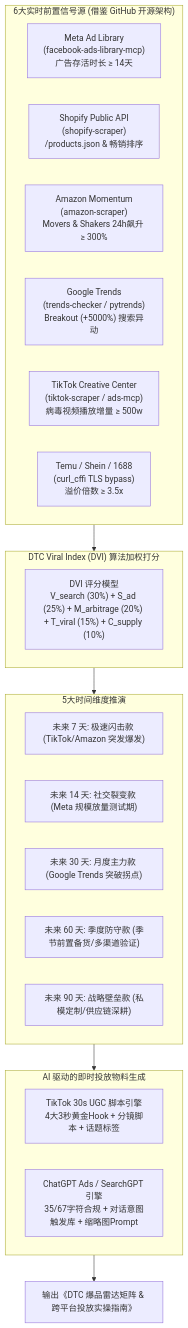
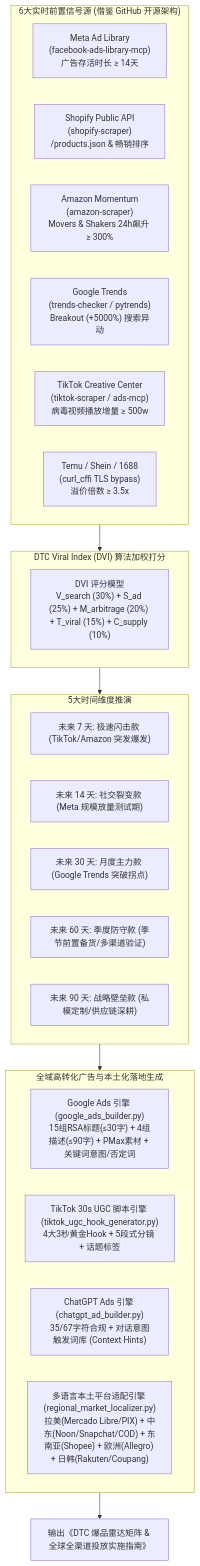
The diagram in SKILL.md (cnproduct/dtc-product-intelligence), drawn with Mermaid before and after one commit. The commit also changed other lines of this file and 3 other files, not shown here.

Commit message:
feat: integrate Google Ads RSA/PMax builder and multi-region local platform adapter

````diff
--- a/SKILL.md
+++ b/SKILL.md
@@ -12,33 +12,35 @@
 ```mermaid
 flowchart TD
     subgraph DataSources["6大实时前置信号源 (借鉴 GitHub 开源架构)"]
         META["Meta Ad Library<br/>(facebook-ads-library-mcp)<br/>广告存活时长 ≥ 14天"]
         SHOP["Shopify Public API<br/>(shopify-scraper)<br/>/products.json & 畅销排序"]
         AMZ["Amazon Momentum<br/>(amazon-scraper)<br/>Movers & Shakers 24h飙升 ≥ 300%"]
         TRENDS["Google Trends<br/>(trends-checker / pytrends)<br/>Breakout (+5000%) 搜索异动"]
         TIKTOK["TikTok Creative Center<br/>(tiktok-scraper / ads-mcp)<br/>病毒视频播放增量 ≥ 500w"]
         ARBITRAGE["Temu / Shein / 1688<br/>(curl_cffi TLS bypass)<br/>溢价倍数 ≥ 3.5x"]
     end
 
     subgraph DVI["DTC Viral Index (DVI) 算法加权打分"]
         SCORE["DVI 评分模型<br/>V_search (30%) + S_ad (25%) + M_arbitrage (20%) + T_viral (15%) + C_supply (10%)"]
     end
 
     subgraph Horizons["5大时间维度推演"]
         H7["未来 7 天: 极速闪击款 (TikTok/Amazon 突发爆发)"]
         H14["未来 14 天: 社交裂变款 (Meta 规模放量测试期)"]
         H30["未来 30 天: 月度主力款 (Google Trends 突破拐点)"]
         H60["未来 60 天: 季度防守款 (季节前置备货/多渠道验证)"]
         H90["未来 90 天: 战略壁垒款 (私模定制/供应链深耕)"]
     end
 
-    subgraph CreativeExecution["AI 驱动的即时投放物料生成"]
-        TK_ADS["TikTok 30s UGC 脚本引擎<br/>4大3秒黄金Hook + 分镜脚本 + 话题标签"]
-        GPT_ADS["ChatGPT Ads / SearchGPT 引擎<br/>35/67字符合规 + 对话意图触发库 + 缩略图Prompt"]
+    subgraph CreativeExecution["全域高转化广告与本土化落地生成"]
+        G_ADS["Google Ads 引擎 (google_ads_builder.py)<br/>15组RSA标题(≤30字) + 4组描述(≤90字) + PMax素材 + 关键词意图/否定词"]
+        TK_ADS["TikTok 30s UGC 脚本引擎 (tiktok_ugc_hook_generator.py)<br/>4大3秒黄金Hook + 5段式分镜 + 话题标签"]
+        GPT_ADS["ChatGPT Ads 引擎 (chatgpt_ad_builder.py)<br/>35/67字符合规 + 对话意图触发词库 (Context Hints)"]
+        REGIONAL["多语言本土平台适配引擎 (regional_market_localizer.py)<br/>拉美(Mercado Libre/PIX) + 中东(Noon/Snapchat/COD) + 东南亚(Shopee) + 欧洲(Allegro) + 日韩(Rakuten/Coupang)"]
     end
 
     DataSources --> DVI
     DVI --> Horizons
     Horizons --> CreativeExecution
-    CreativeExecution --> Output["输出《DTC 爆品雷达矩阵 & 跨平台投放实操指南》"]
+    CreativeExecution --> Output["输出《DTC 爆品雷达矩阵 & 全球全渠道投放实施指南》"]
 ```
````
